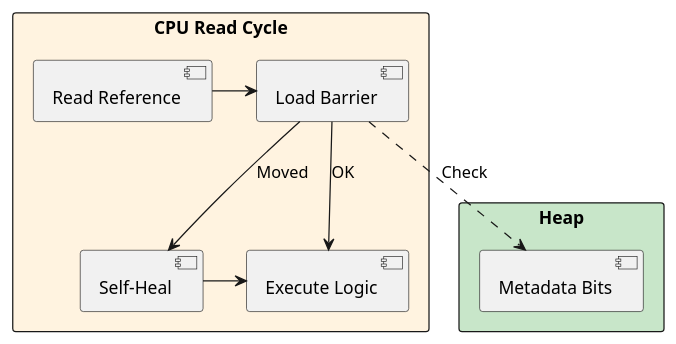
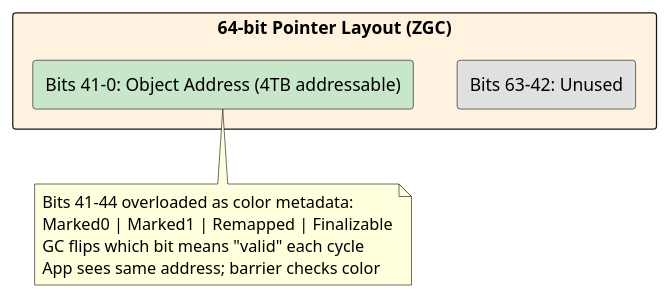
One commit to Qunfong/Developtment_learning changed the diagram in Chapter_01_Core_Java/04_JVM_Cloud_Efficiency.md. Above: the diagram before and after it, drawn with PlantUML. The commit also changed other lines of this file and 99 other files, not shown here.

````diff
--- a/Chapter_01_Core_Java/04_JVM_Cloud_Efficiency.md
+++ b/Chapter_01_Core_Java/04_JVM_Cloud_Efficiency.md
@@ -39,18 +53,19 @@
 ```plantuml
 @startuml
 skinparam shadowing false
+skinparam defaultFontName sans-serif
 skinparam packageStyle rectangle
-skinparam defaultFontName sans-serif
 
-rectangle "CPU Read Cycle" #fff3e0 {
-  [Read Reference] -right-> [Load Barrier]
-  [Load Barrier] -down-> [Self-Heal] : Moved
-  [Load Barrier] -right-> [Execute Logic] : OK
-  [Self-Heal] -right-> [Execute Logic]
+rectangle "64-bit Pointer Layout (ZGC)" #fff3e0 {
+  rectangle "Bits 63-42: Unused" #e0e0e0
+  rectangle "Bits 41-0: Object Address (4TB addressable)" #c8e6c9
 }
 
-rectangle "Heap" #c8e6c9 {
-  [Load Barrier] .down.> [Metadata Bits] : Check
-}
+note bottom
+  Bits 41-44 overloaded as color metadata:
+  Marked0 | Marked1 | Remapped | Finalizable
+  GC flips which bit means "valid" each cycle
+  App sees same address; barrier checks color
+end note
 @enduml
 ```
````
